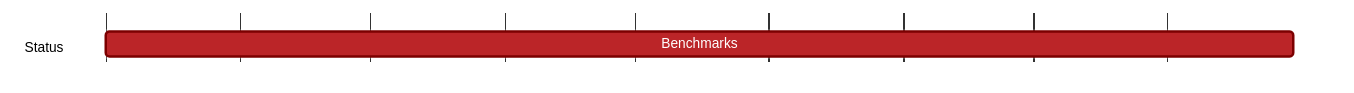
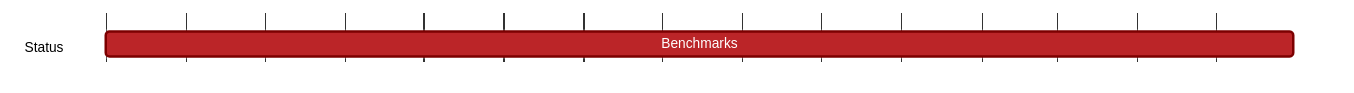
The diagram in content/vac/nes/proofsystems/vac/benchmarks.md (logos-co/roadmap), drawn with Mermaid before and after one commit. The commit also changed other lines of this file and 8 other files, not shown here.

Commit message:
vac: Nes roadmap update

````diff
--- a/content/vac/nes/proofsystems/vac/benchmarks.md
+++ b/content/vac/nes/proofsystems/vac/benchmarks.md
@@ -7,20 +7,20 @@
 ```mermaid
 %%{ 
   init: { 
     'theme': 'base', 
     'themeVariables': { 
       'primaryColor': '#BB2528', 
       'primaryTextColor': '#fff', 
       'primaryBorderColor': '#7C0000', 
       'lineColor': '#F8B229', 
       'secondaryColor': '#006100', 
       'tertiaryColor': '#fff' 
     } 
   } 
 }%%
 gantt
   tickInterval 1month
   dateFormat YYYY-MM-DD 
   section Status
-    Benchmarks: 2023-03-01, 2023-11-30
+    Benchmarks: 2023-03-01, 2024-05-31
 ```
````
